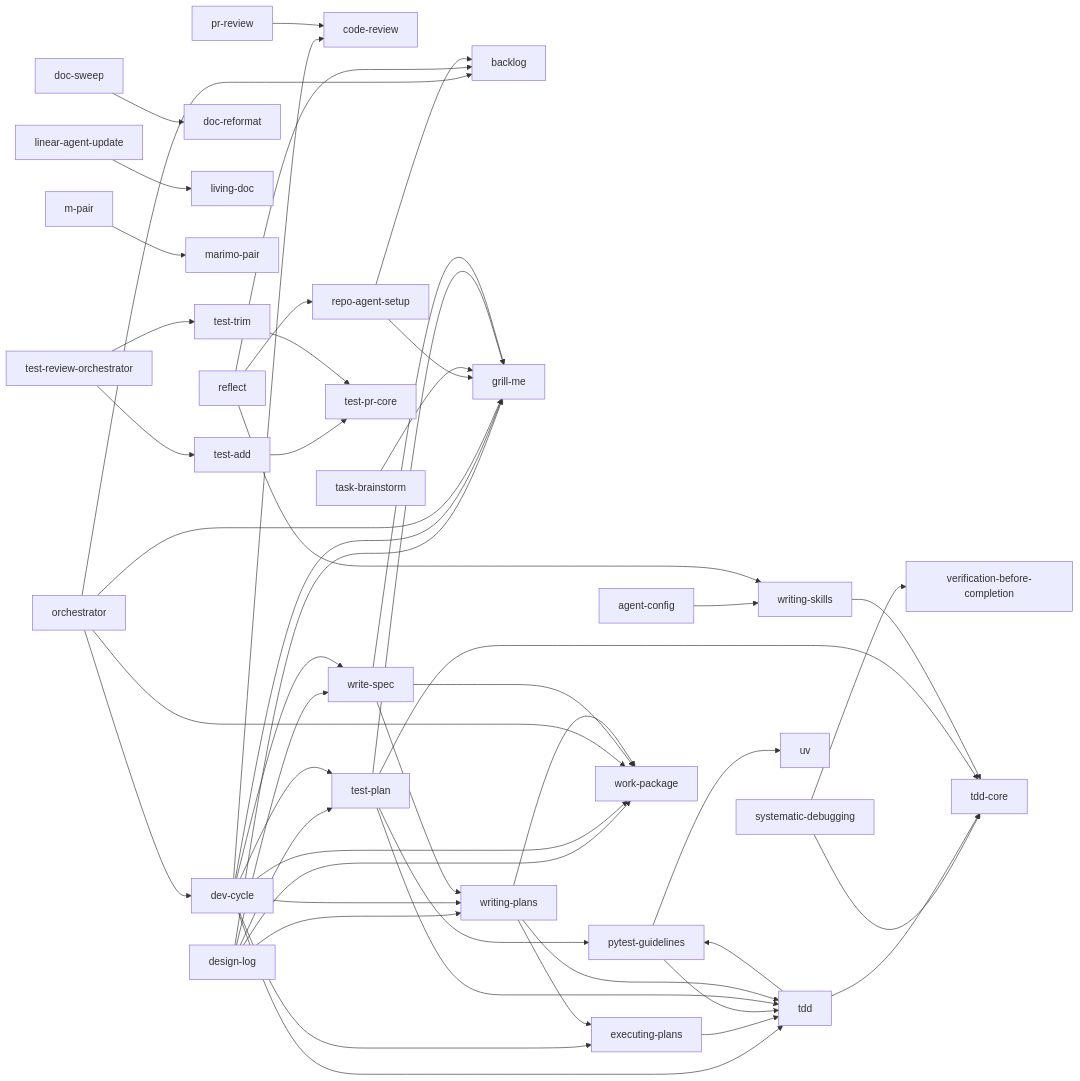
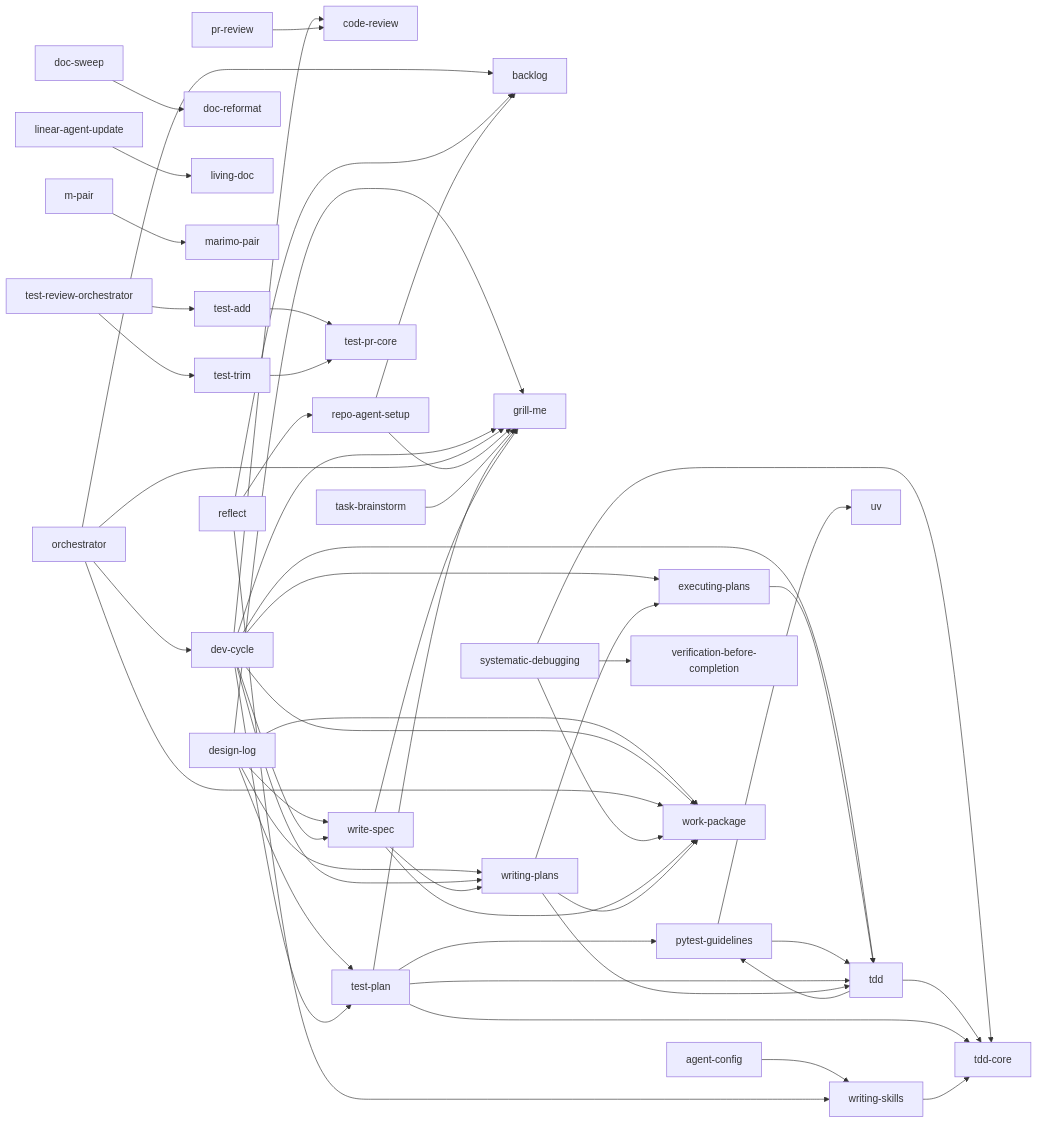
The diagram in README.md (Haydeni0/agent-config), drawn with Mermaid before and after one commit. The commit also changed 2 other files, not shown here.

Commit message:
fix(skills): verify-fix findings - deps + delegation, naming seams
systematic-debugging declares work-package in deps and delegates
layout/entry-format bytes to it (REQ-SKILLS-12, same branch introduces
it); keeps only phase-to-state transitions. work-package: no orchestrator
name in the worker body (was a case-regex evasion), no dev-cycle-private
case numbering in the format contract. First live catch: check-skills
flagged a bare 'package' this fix itself introduced - the new contract
enforcing itself.

```diff
--- a/README.md
+++ b/README.md
@@ -175,6 +175,7 @@
     repo_agent_setup --> backlog
     systematic_debugging --> tdd_core
     systematic_debugging --> verification_before_completion
+    systematic_debugging --> work_package
     task_brainstorm --> grill_me
     tdd --> tdd_core
     tdd --> pytest_guidelines
```
